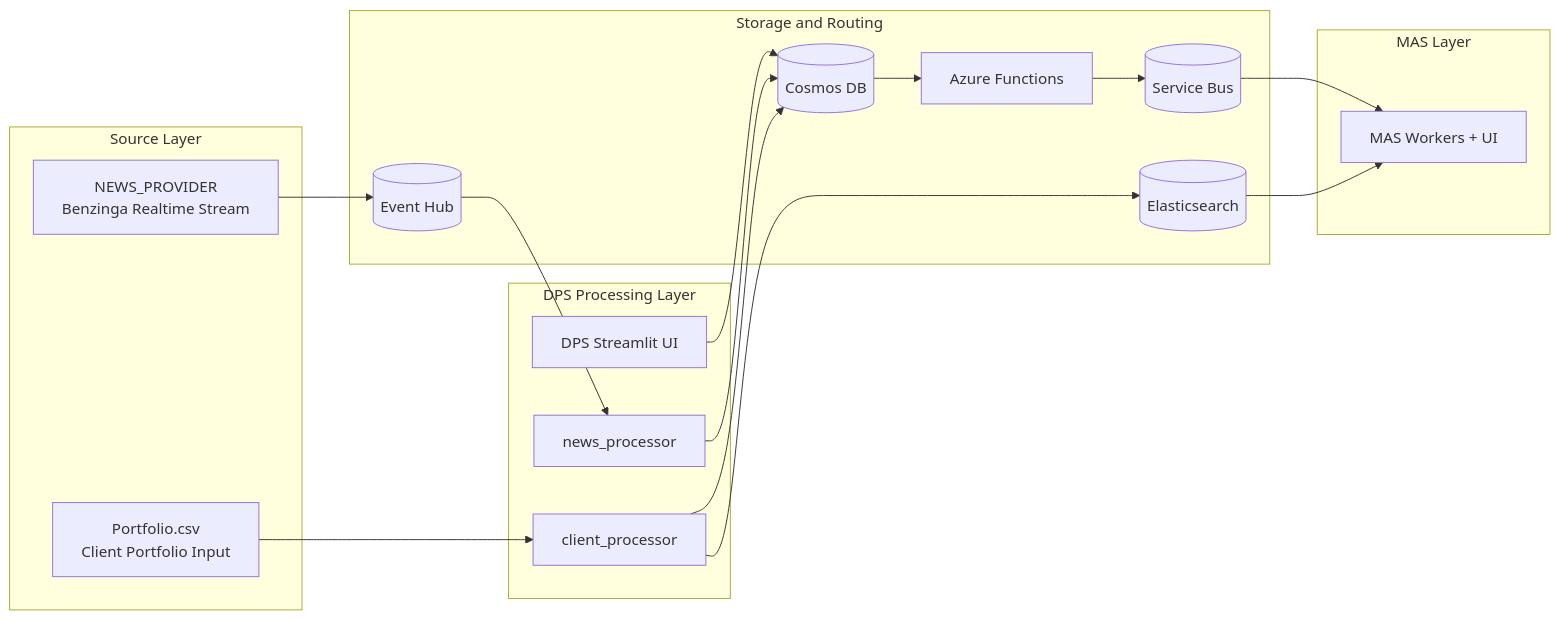
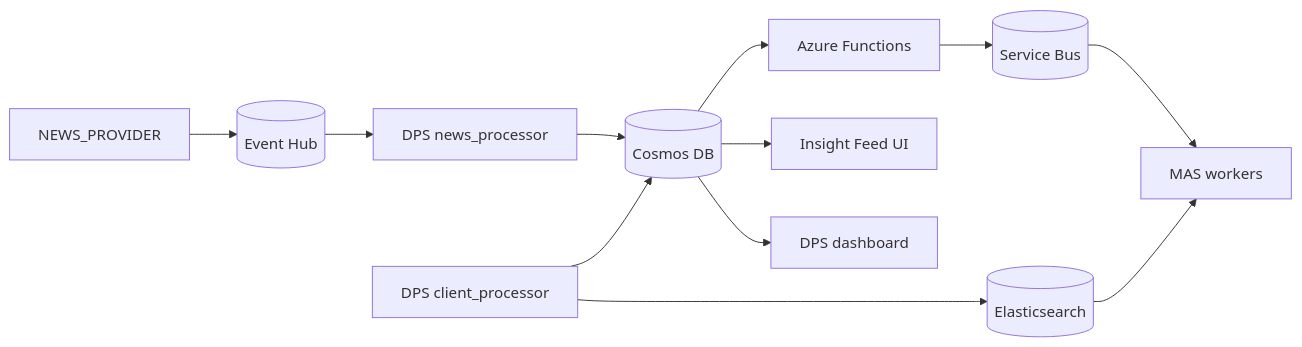
Before and after one commit to harshathv-hestabit/SIMF-Trial-v1: the diagram in README.md, drawn with Mermaid. The commit also changed other lines of this file, not shown here.

Commit message:
docs(readme): refresh runtime architecture overview

````diff
--- a/README.md
+++ b/README.md
@@ -31,37 +24,26 @@
 ```mermaid
 flowchart LR
-    subgraph Source Layer
-        NP[NEWS_PROVIDER\nBenzinga Realtime Stream]
-        PF[Portfolio.csv\nClient Portfolio Input]
-    end
-
-    subgraph DPS Processing Layer
-        UI[DPS Streamlit UI]
-        NPROC[news_processor]
-        CPROC[client_processor]
-    end
-
-    subgraph Storage and Routing
-        EH[(Event Hub)]
-        CDB[(Cosmos DB)]
-        ES[(Elasticsearch)]
-        FUNC[Azure Functions]
-        SB[(Service Bus)]
-    end
-
-    subgraph MAS Layer
-        MAS[MAS Workers + UI]
-    end
+    NP[NEWS_PROVIDER]
+    EH[(Event Hub)]
+    DPSN[DPS news_processor]
+    CDB[(Cosmos DB)]
+    FUNC[Azure Functions]
+    SB[(Service Bus)]
+    DPSC[DPS client_processor]
+    ES[(Elasticsearch)]
+    MAS[MAS workers]
+    FEED[Insight Feed UI]
+    DPSUI[DPS dashboard]
 
     NP --> EH
-    EH --> NPROC
-    NPROC --> CDB
+    EH --> DPSN
+    DPSN --> CDB
     CDB --> FUNC
     FUNC --> SB
-    PF --> CPROC
-    CPROC --> CDB
-    CPROC --> ES
-    UI --> CDB
+    DPSC --> CDB
+    DPSC --> ES
     SB --> MAS
+    CDB --> FEED
     ES --> MAS
+    CDB --> DPSUI
 ```
````
